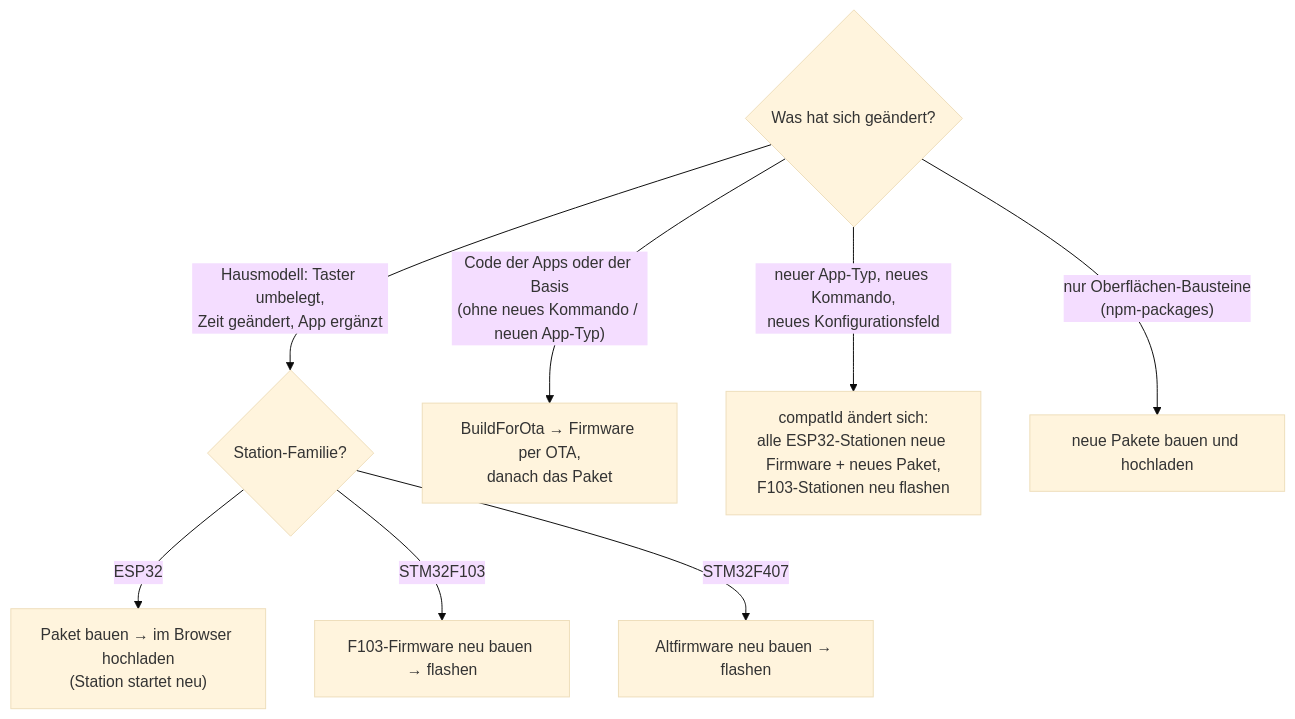
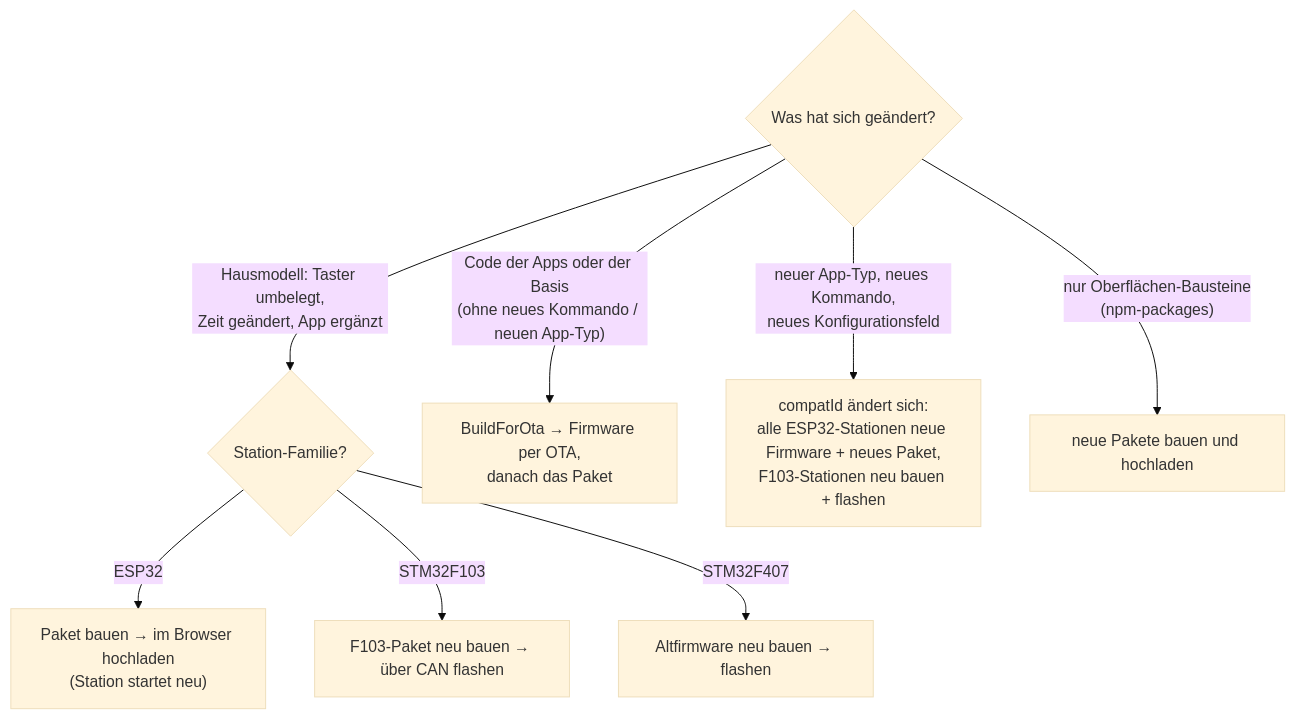
Before and after one commit to klaus-liebler/sensact: the third of 4 diagrams in docs/konzepte/06-konfiguration-und-auslieferung.md, drawn with Mermaid (base theme). The commit also changed other lines of this file and 34 other files, not shown here.

````diff
--- a/docs/konzepte/06-konfiguration-und-auslieferung.md
+++ b/docs/konzepte/06-konfiguration-und-auslieferung.md
@@ -103,11 +103,11 @@
 ```mermaid
 flowchart TD
     Q{"Was hat sich geändert?"}
     Q -- "Hausmodell: Taster umbelegt,<br/>Zeit geändert, App ergänzt" --> A{"Station-Familie?"}
     A -- ESP32 --> A1["Paket bauen → im Browser hochladen<br/>(Station startet neu)"]
-    A -- STM32F103 --> A2["F103-Firmware neu bauen → flashen"]
+    A -- STM32F103 --> A2["F103-Paket neu bauen → über CAN flashen"]
     A -- STM32F407 --> A3["Altfirmware neu bauen → flashen"]
     Q -- "Code der Apps oder der Basis<br/>(ohne neues Kommando / neuen App-Typ)" --> B["BuildForOta → Firmware per OTA,<br/>danach das Paket"]
-    Q -- "neuer App-Typ, neues Kommando,<br/>neues Konfigurationsfeld" --> C["compatId ändert sich:<br/>alle ESP32-Stationen neue Firmware + neues Paket,<br/>F103-Stationen neu flashen"]
+    Q -- "neuer App-Typ, neues Kommando,<br/>neues Konfigurationsfeld" --> C["compatId ändert sich:<br/>alle ESP32-Stationen neue Firmware + neues Paket,<br/>F103-Stationen neu bauen + flashen"]
     Q -- "nur Oberflächen-Bausteine<br/>(npm-packages)" --> D["neue Pakete bauen und hochladen"]
 ```
````
